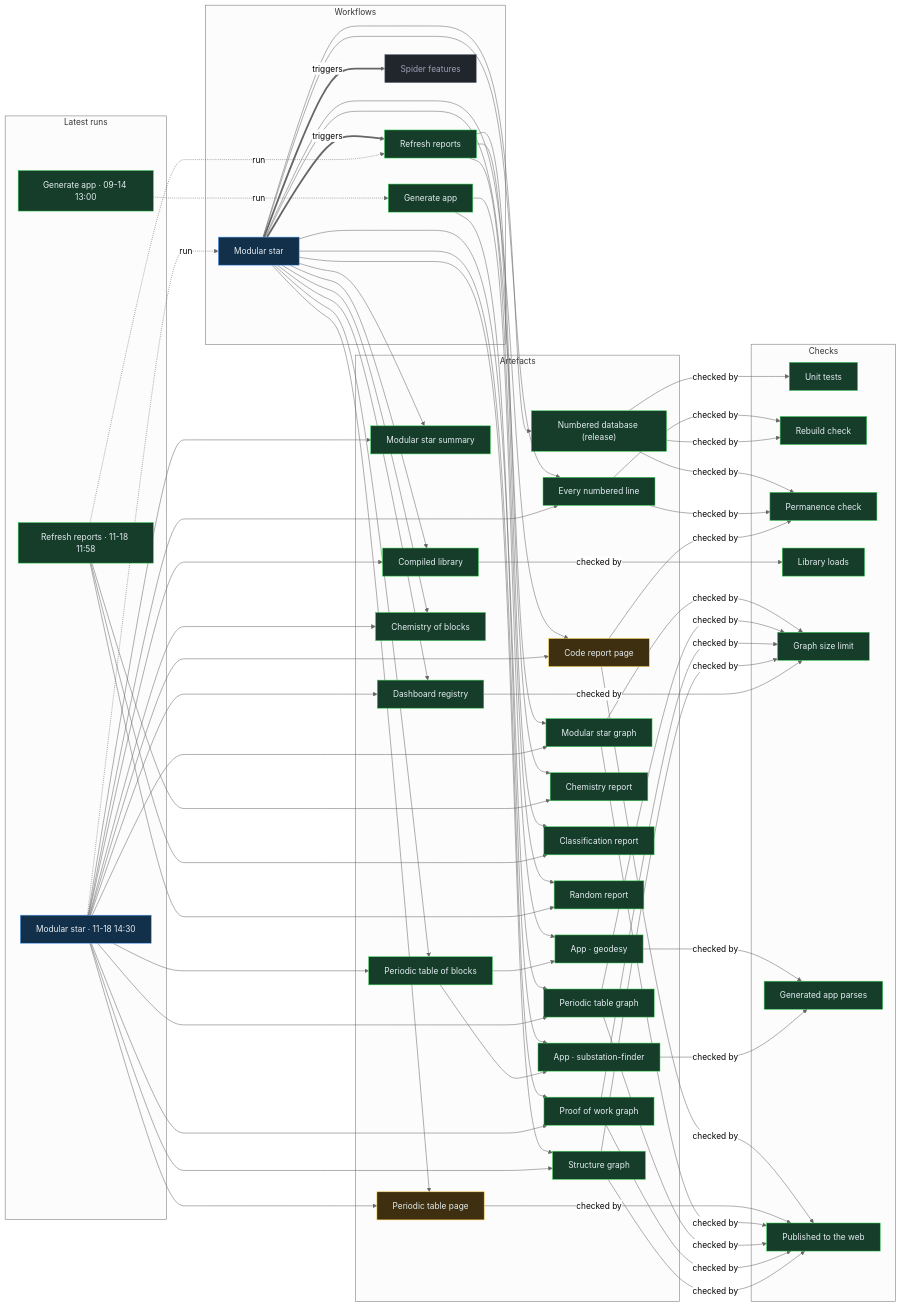
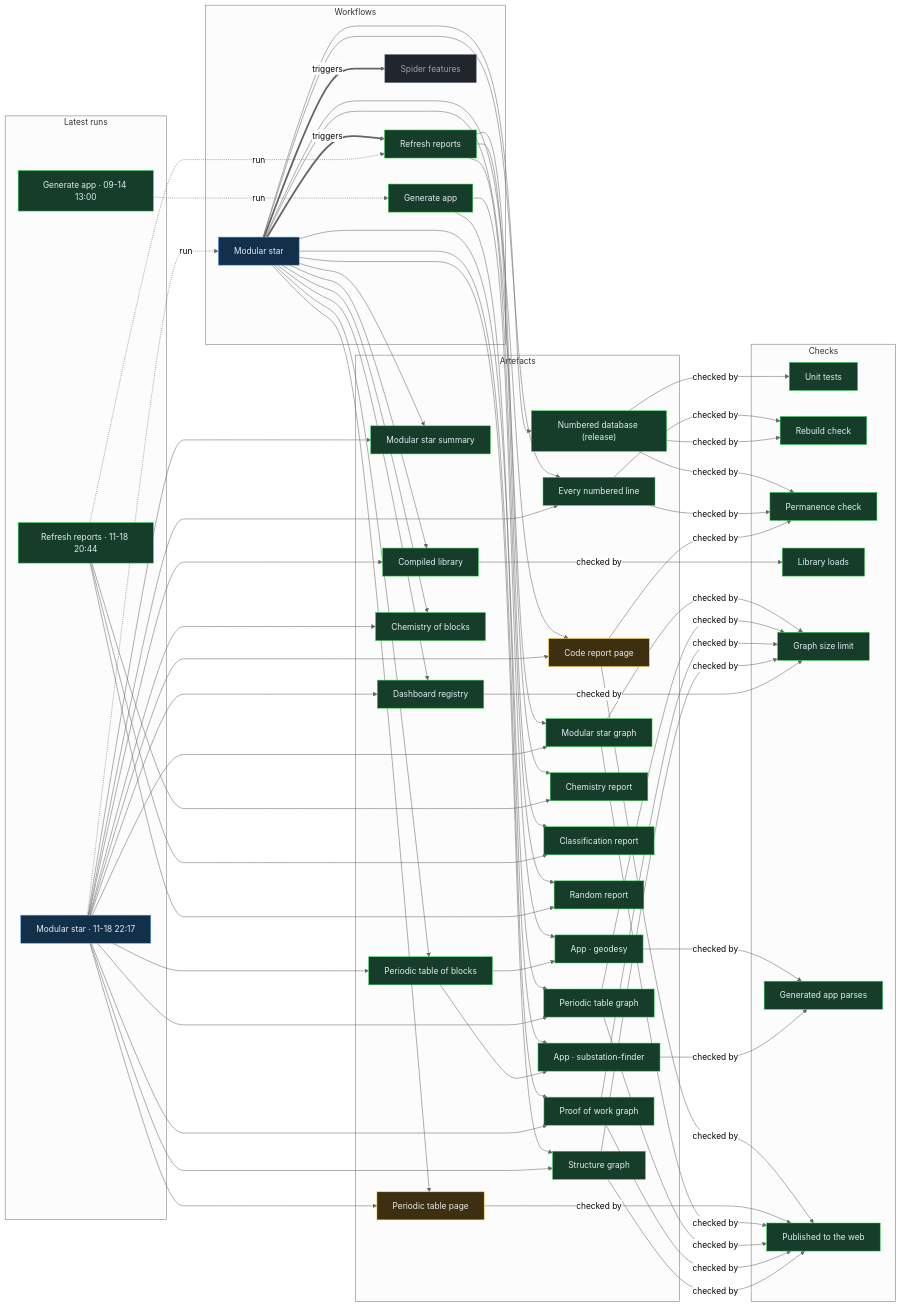
The diagram in proof/PROOF.md (Ventusltd/stars), drawn with Mermaid (neutral theme) before and after one commit. The commit also changed other lines of this file and 163 other files, not shown here.

Commit message:
Modular star 2026-11-18T22:20Z

```diff
--- a/proof/PROOF.md
+++ b/proof/PROOF.md
@@ -24,8 +24,8 @@
   n_wf_spider_features["Spider features"]:::off
   end
   subgraph g_runs["Latest runs"]
-  n_run_44324963511["Modular star · 11-18 14:30"]:::live
-  n_run_44299468070["Refresh reports · 11-18 11:58"]:::ok
+  n_run_44410184823["Modular star · 11-18 22:17"]:::live
+  n_run_44394144688["Refresh reports · 11-18 20:44"]:::ok
   n_run_34846587798["Generate app · 09-14 13:00"]:::ok
   end
   subgraph g_artefacts["Artefacts"]
@@ -59,39 +59,39 @@
   end
   n_wf_modular_star == triggers ==> n_wf_refresh
   n_wf_modular_star == triggers ==> n_wf_spider_features
-  n_run_44324963511 -. run .-> n_wf_modular_star
-  n_run_44299468070 -. run .-> n_wf_refresh
+  n_run_44410184823 -. run .-> n_wf_modular_star
+  n_run_44394144688 -. run .-> n_wf_refresh
   n_run_34846587798 -. run .-> n_wf_generate
   n_wf_modular_star --> n_art_summary
-  n_run_44324963511 --> n_art_summary
+  n_run_44410184823 --> n_art_summary
   n_wf_modular_star --> n_art_lines
-  n_run_44324963511 --> n_art_lines
+  n_run_44410184823 --> n_art_lines
   n_wf_modular_star --> n_art_code
-  n_run_44324963511 --> n_art_code
+  n_run_44410184823 --> n_art_code
   n_wf_modular_star --> n_art_modular_graph
-  n_run_44324963511 --> n_art_modular_graph
+  n_run_44410184823 --> n_art_modular_graph
   n_wf_modular_star --> n_art_blocks
-  n_run_44324963511 --> n_art_blocks
+  n_run_44410184823 --> n_art_blocks
   n_wf_modular_star --> n_art_table
-  n_run_44324963511 --> n_art_table
+  n_run_44410184823 --> n_art_table
   n_wf_modular_star --> n_art_blocks_graph
-  n_run_44324963511 --> n_art_blocks_graph
+  n_run_44410184823 --> n_art_blocks_graph
   n_wf_modular_star --> n_art_reactions
-  n_run_44324963511 --> n_art_reactions
+  n_run_44410184823 --> n_art_reactions
   n_wf_modular_star --> n_art_library
-  n_run_44324963511 --> n_art_library
+  n_run_44410184823 --> n_art_library
   n_wf_modular_star --> n_art_features
-  n_run_44324963511 --> n_art_features
+  n_run_44410184823 --> n_art_features
   n_wf_modular_star --> n_art_proof
-  n_run_44324963511 --> n_art_proof
+  n_run_44410184823 --> n_art_proof
   n_wf_modular_star --> n_art_structure
-  n_run_44324963511 --> n_art_structure
+  n_run_44410184823 --> n_art_structure
   n_wf_refresh --> n_art_chemistry
-  n_run_44299468070 --> n_art_chemistry
+  n_run_44394144688 --> n_art_chemistry
   n_wf_refresh --> n_art_vedic
-  n_run_44299468070 --> n_art_vedic
+  n_run_44394144688 --> n_art_vedic
   n_wf_refresh --> n_art_random
-  n_run_44299468070 --> n_art_random
+  n_run_44394144688 --> n_art_random
   n_wf_modular_star --> n_art_release
   n_wf_generate --> n_app_geodesy
   n_art_blocks --> n_app_geodesy
```
